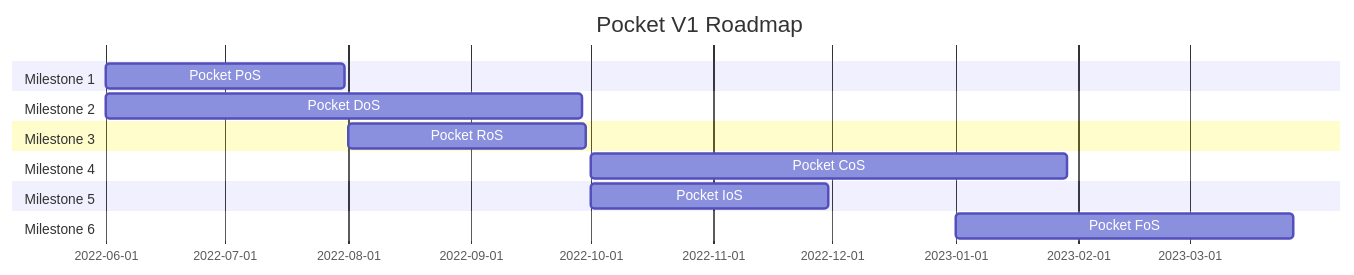
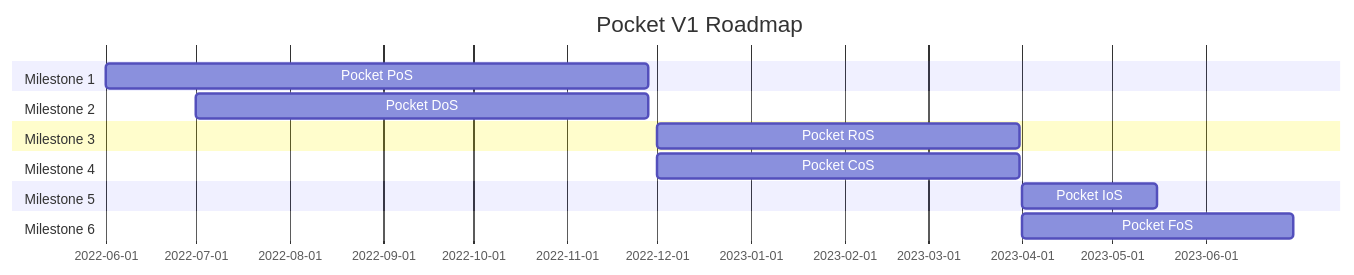
The diagram in docs/roadmap/README.md (pokt-network/pocket), drawn with Mermaid before and after one commit. The commit also changed other lines of this file, not shown here.

Commit message:
Updated roadmap timelines and deliverables

````diff
--- a/docs/roadmap/README.md
+++ b/docs/roadmap/README.md
@@ -21,17 +21,17 @@
 ```mermaid
 gantt
     title Pocket V1 Roadmap
     dateFormat  YYYY-MM-DD
     section Milestone 1
-        Pocket PoS       :a1, 2022-06-01, 60d
+        Pocket PoS       :a1, 2022-06-01, 180d
     section Milestone 2
-        Pocket DoS       :a1, 2022-06-01, 120d
+        Pocket DoS       :a1, 2022-07-01, 150d
     section Milestone 3
-        Pocket RoS       :a1, 2022-08-01, 60d
+        Pocket RoS       :a1, 2022-12-01, 120d
     section Milestone 4
-        Pocket CoS       :a1, 2022-10-01, 120d
+        Pocket CoS       :a1, 2022-12-01, 120d
     section Milestone 5
-        Pocket IoS       :a1, 2022-10-01, 60d
+        Pocket IoS       :a1, 2023-04-01, 45d
     section Milestone 6
-        Pocket FoS       :a1, 2023-01-01, 85d
+        Pocket FoS       :a1, 2023-04-01, 90d
 ```
````
